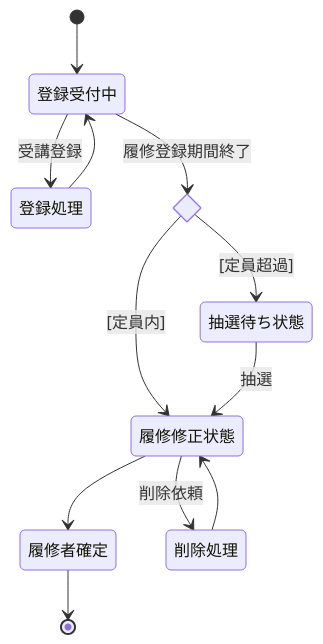
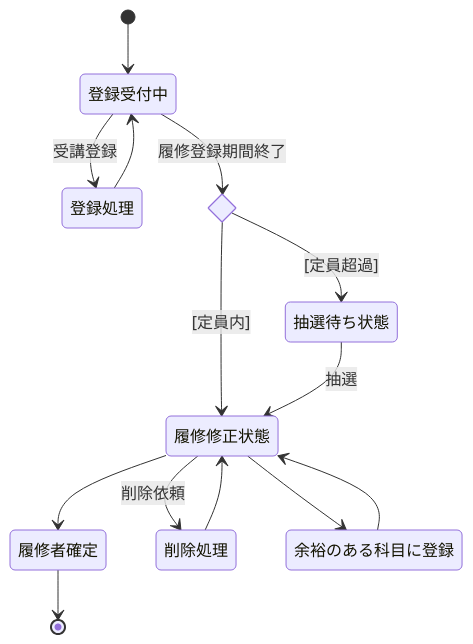
Before and after one commit to wataru1210/zuka5: the diagram in README.md, drawn with Mermaid. The commit also changed other lines of this file, not shown here.

````diff
--- a/README.md
+++ b/README.md
@@ -2,28 +2,32 @@
 ```mermaid
 stateDiagram-v2
 direction TB
 s1 : 登録受付中
 r1 : 登録処理
 s2 : 抽選待ち状態
 se : 履修者確定
 se2 :履修修正状態
 se3 : 削除処理
+se4 : 余裕のある科目に登録
 state sc <<choice>>
 
 [*] --> s1
 s1 --> r1 : 受講登録
 r1 --> s1
 s1 --> sc : 履修登録期間終了
 sc --> s2 : [定員超過]
 sc --> se2 : [定員内]
 
 s2 --> se2 : 抽選
 se2 --> se 
 
 se2 --> se3 : 削除依頼
 se3 --> se2
+se2 --> se4
+se4 -->se2
+se --> [*]
 
 
-se --> [*]
+
 
 ```
````
